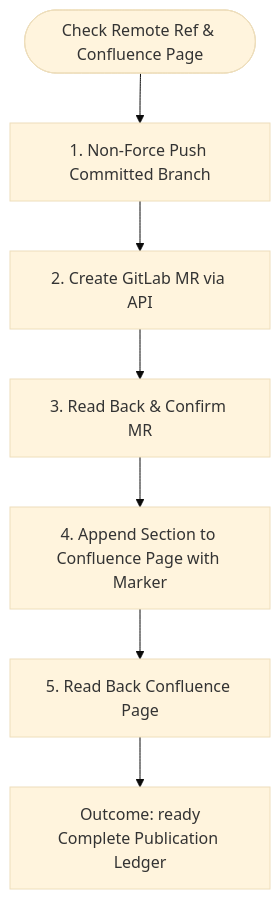
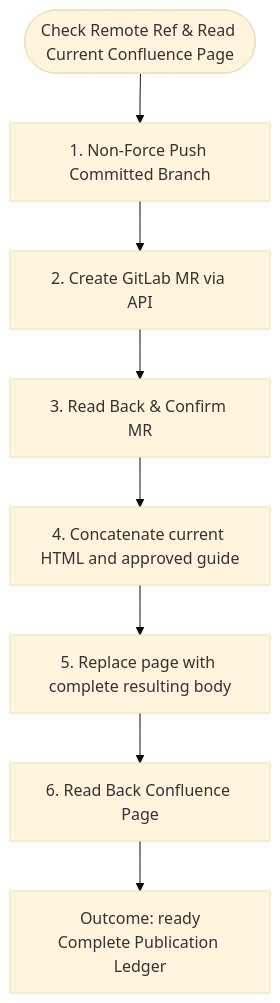
The diagram in .pi/agent/workflows/steps/sprint-triage/publish.md (wichayutdew/dotfiles), drawn with Mermaid (base theme) before and after one commit. The commit also changed other lines of this file and 4 other files, not shown here.

````diff
--- a/.pi/agent/workflows/steps/sprint-triage/publish.md
+++ b/.pi/agent/workflows/steps/sprint-triage/publish.md
@@ -12,9 +12,10 @@
 ```mermaid
 flowchart TD
-    Start([Check Remote Ref & Confluence Page]) --> PushBranch[1. Non-Force Push Committed Branch]
+    Start([Check Remote Ref & Read Current Confluence Page]) --> PushBranch[1. Non-Force Push Committed Branch]
     PushBranch --> CreateMR[2. Create GitLab MR via API]
     CreateMR --> VerifyMR[3. Read Back & Confirm MR]
-    VerifyMR --> AppendConfluence[4. Append Section to Confluence Page with Marker]
-    AppendConfluence --> VerifyConfluence[5. Read Back Confluence Page]
+    VerifyMR --> BuildBody[4. Concatenate current HTML and approved guide]
+    BuildBody --> UpdateConfluence[5. Replace page with complete resulting body]
+    UpdateConfluence --> VerifyConfluence[6. Read Back Confluence Page]
     VerifyConfluence --> Ready[Outcome: ready\nComplete Publication Ledger]
 ```
````
